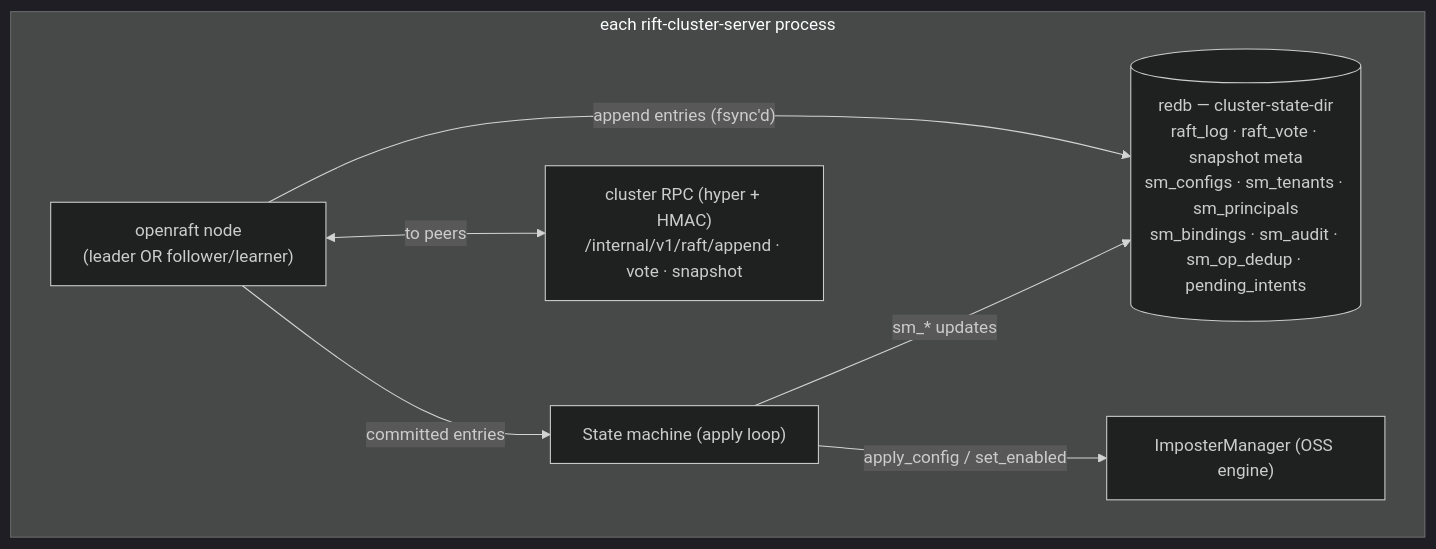
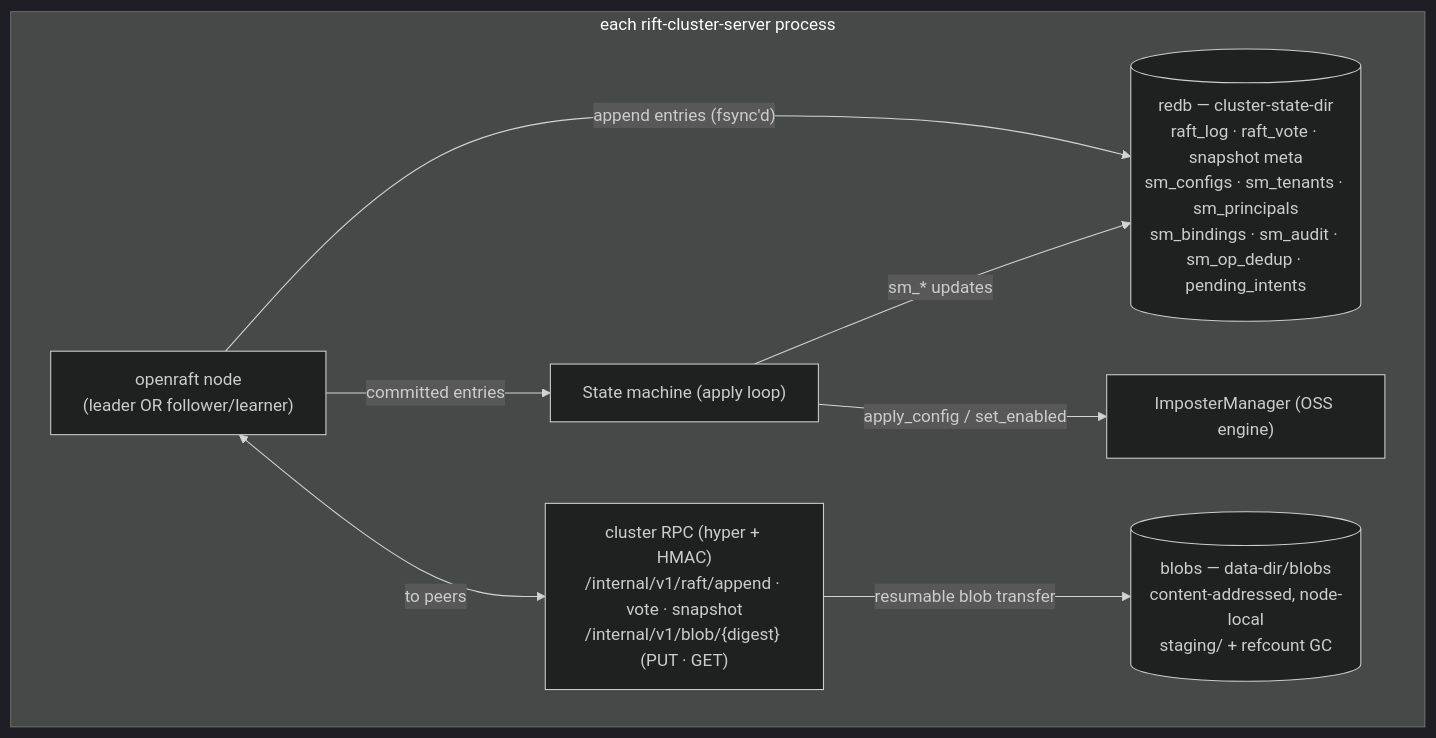
The first of 2 diagrams in docs/architecture/03-control-plane.md (achird-labs/rift-cluster), drawn with Mermaid (dark theme) before and after one commit. The commit also changed other lines of this file and 12 other files, not shown here.

First line of the commit message:
feat(raft): content-addressed blob store + resumable /internal/v1/blob/{digest} transfer RPC (#432 child 2) (#455)

````diff
--- a/docs/architecture/03-control-plane.md
+++ b/docs/architecture/03-control-plane.md
@@ -36,16 +36,18 @@
 ```mermaid
 flowchart TB
     subgraph Node["each rift-cluster-server process"]
         RN["openraft node<br/>(leader OR follower/learner)"]
         SM["State machine (apply loop)"]
         DB[("redb — cluster-state-dir<br/>raft_log · raft_vote · snapshot meta<br/>sm_configs · sm_tenants · sm_principals<br/>sm_bindings · sm_audit · sm_op_dedup · pending_intents")]
         IM["ImposterManager (OSS engine)"]
-        RPC["cluster RPC (hyper + HMAC)<br/>/internal/v1/raft/append · vote · snapshot"]
+        RPC["cluster RPC (hyper + HMAC)<br/>/internal/v1/raft/append · vote · snapshot<br/>/internal/v1/blob/{digest} (PUT · GET)"]
+        BLOBS[("blobs — data-dir/blobs<br/>content-addressed, node-local<br/>staging/ + refcount GC")]
     end
 
     RN -- "append entries (fsync'd)" --> DB
     RN -- "committed entries" --> SM
     SM -- "sm_* updates" --> DB
     SM -- "apply_config / set_enabled" --> IM
     RN <-- "to peers" --> RPC
+    RPC -- "resumable blob transfer" --> BLOBS
 ```
````
